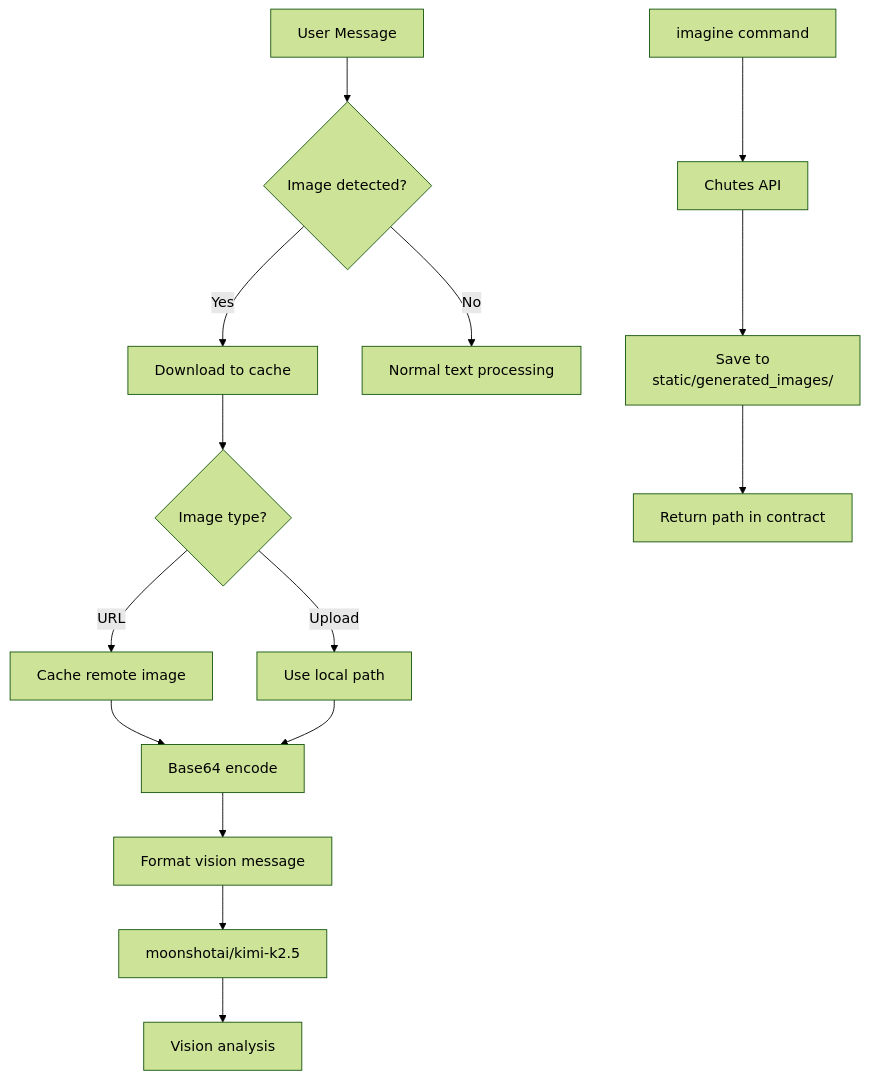
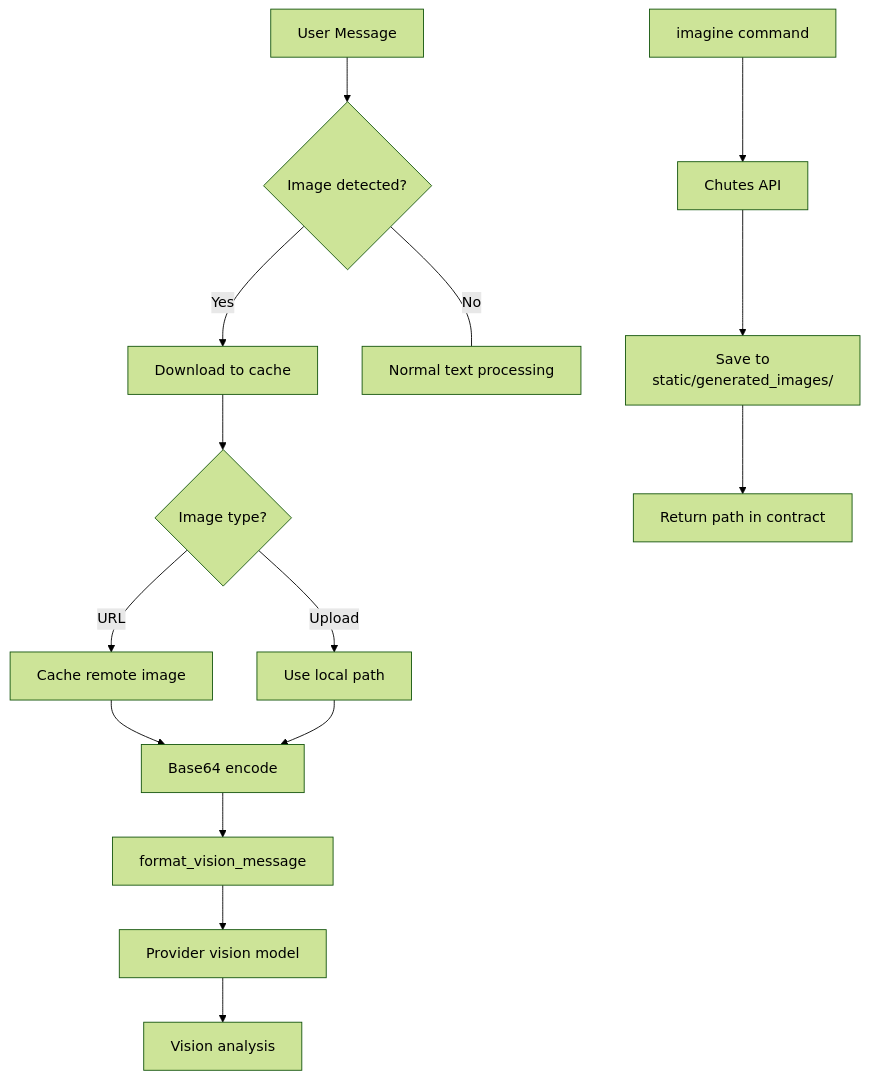
Before and after one commit to icedeyes12/yuzu-core: the fifth of 7 diagrams in app/README.md, drawn with Mermaid (forest theme). The commit also changed other lines of this file and 1 other file, not shown here.

````diff
--- a/app/README.md
+++ b/app/README.md
@@ -601,18 +454,18 @@
 ```mermaid
 flowchart TD
     A[User Message] --> B{Image detected?}
     B -->|Yes| C[Download to cache]
-    B -->|No| D[Normal text processing]
+    B---|No| D[Normal text processing]
     C --> E{Image type?}
     E -->|URL| F[Cache remote image]
     E -->|Upload| G[Use local path]
     F --> H[Base64 encode]
     G --> H
-    H --> I[Format vision message]
-    I --> J[moonshotai/kimi-k2.5]
+    H --> I[format_vision_message]
+    I --> J[Provider vision model]
     J --> K[Vision analysis]
 
     L[imagine command] --> M[Chutes API]
     M --> N[Save to<br/>static/generated_images/]
     N --> O[Return path in contract]
 ```
````
